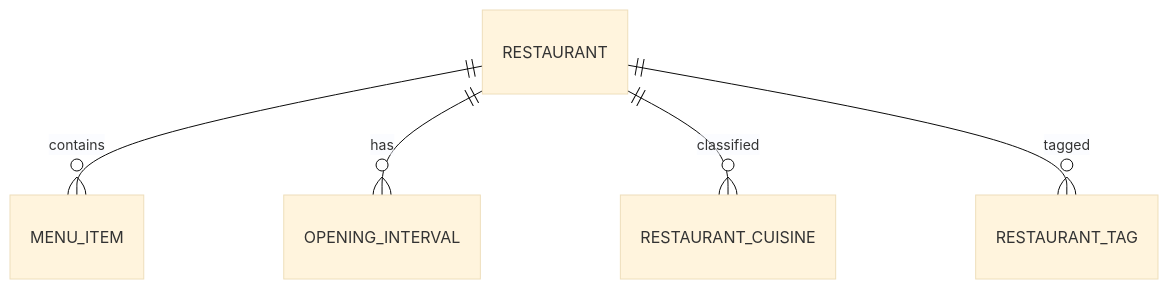
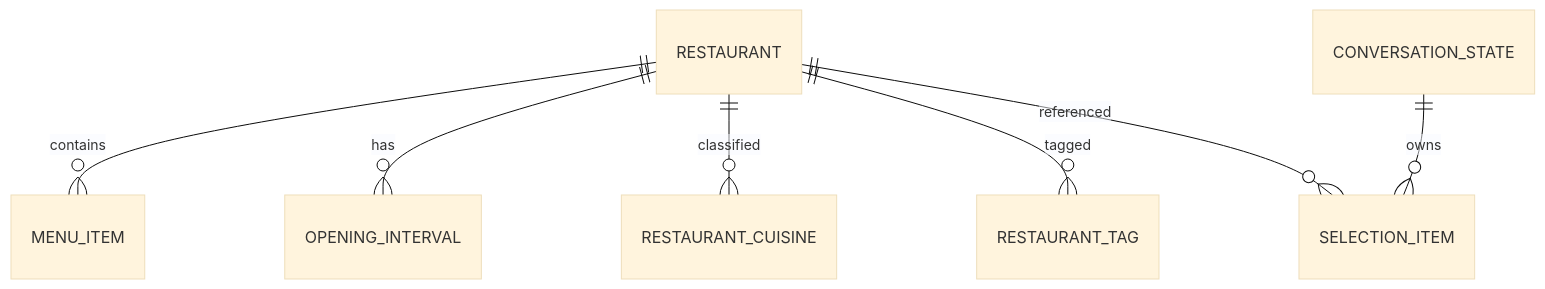
Before and after one commit to ilyakutarba-source/minsk-restaurant-ai-bot: the diagram in docs/DATABASE.md, drawn with Mermaid (base theme). The commit also changed other lines of this file and 20 other files, not shown here.

````diff
--- a/docs/DATABASE.md
+++ b/docs/DATABASE.md
@@ -151,7 +154,9 @@
 ```mermaid
 erDiagram
     RESTAURANT ||--o{ MENU_ITEM : contains
     RESTAURANT ||--o{ OPENING_INTERVAL : has
     RESTAURANT ||--o{ RESTAURANT_CUISINE : classified
     RESTAURANT ||--o{ RESTAURANT_TAG : tagged
+    CONVERSATION_STATE ||--o{ SELECTION_ITEM : owns
+    RESTAURANT ||--o{ SELECTION_ITEM : referenced
 ```
````
